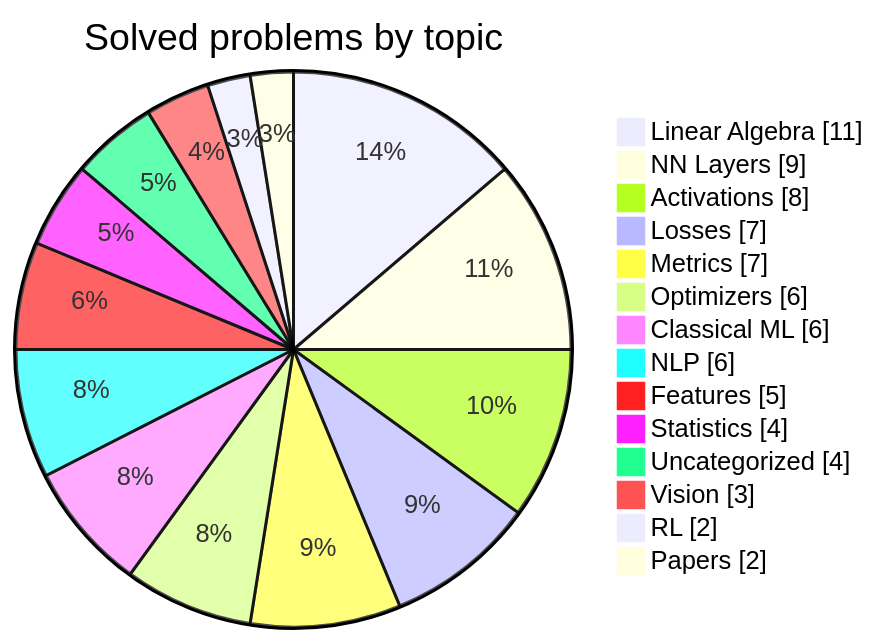
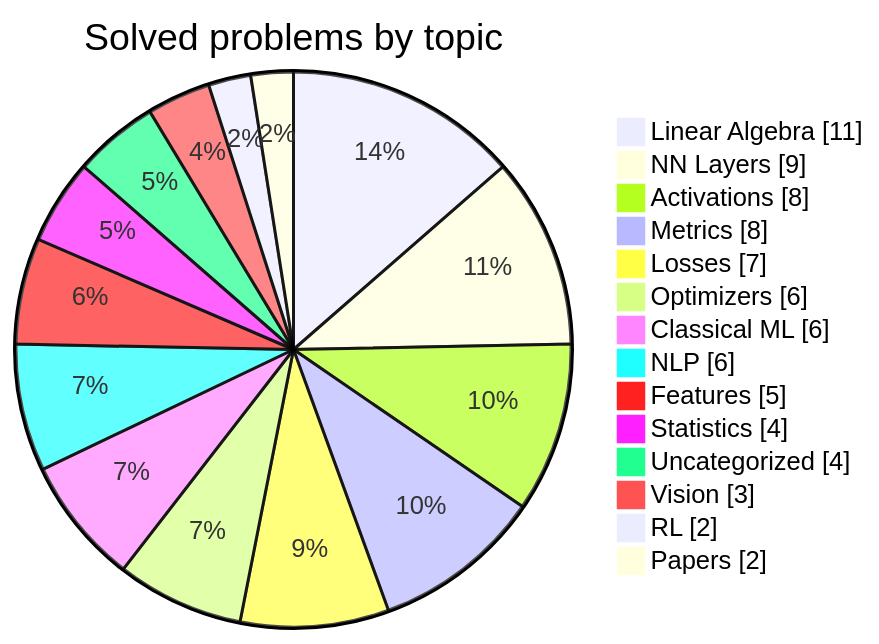
The second of 2 diagrams in README.md (HarryTrn/TensorTonic-Solutions), drawn with Mermaid before and after one commit. The commit also changed other lines of this file, not shown here.

````diff
--- a/README.md
+++ b/README.md
@@ -74,18 +74,18 @@
 ```mermaid
 pie showData
     title Solved problems by topic
     "Linear Algebra" : 11
     "NN Layers" : 9
     "Activations" : 8
+    "Metrics" : 8
     "Losses" : 7
-    "Metrics" : 7
     "Optimizers" : 6
     "Classical ML" : 6
     "NLP" : 6
     "Features" : 5
     "Statistics" : 4
     "Uncategorized" : 4
     "Vision" : 3
     "RL" : 2
     "Papers" : 2
 ```
````
